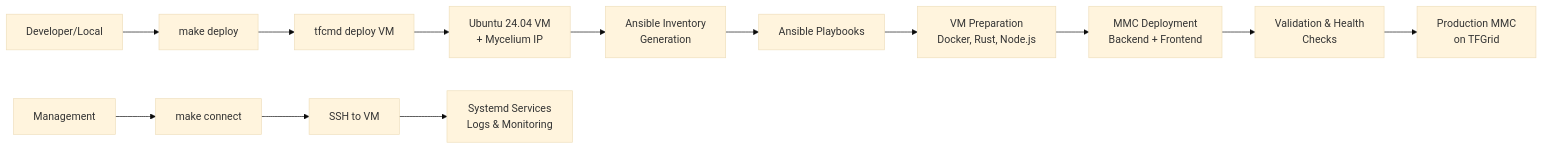
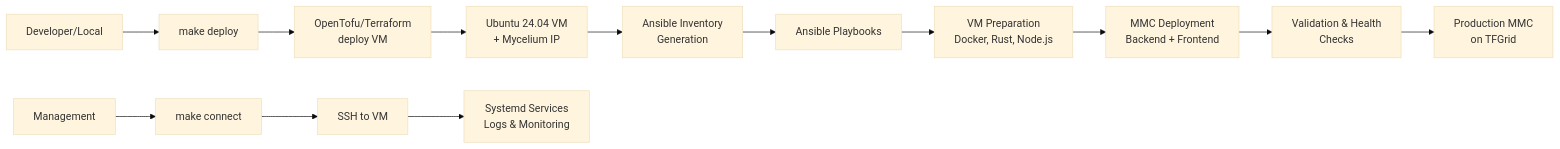
Before and after one commit to mik-tf/mycelium-matrix-chat: the third of 3 diagrams in README.md, drawn with Mermaid (base theme). The commit also changed other lines of this file and 5 other files, not shown here.

Commit message:
chore: Remove tfcmd deployment scripts and update docs to focus on OpenTofu/Terraform

````diff
--- a/README.md
+++ b/README.md
@@ -249,16 +249,16 @@
 ```mermaid
 graph LR
     A[Developer/Local] --> B[make deploy]
-    B --> C[tfcmd deploy VM]
+    B --> C[OpenTofu/Terraform<br/>deploy VM]
     C --> D[Ubuntu 24.04 VM<br/>+ Mycelium IP]
     D --> E[Ansible Inventory<br/>Generation]
     E --> F[Ansible Playbooks]
     F --> G[VM Preparation<br/>Docker, Rust, Node.js]
     G --> H[MMC Deployment<br/>Backend + Frontend]
     H --> I[Validation & Health<br/>Checks]
     I --> J[Production MMC<br/>on TFGrid]
 
     K[Management] --> L[make connect]
     L --> M[SSH to VM]
     M --> N[Systemd Services<br/>Logs & Monitoring]
 ```
````
